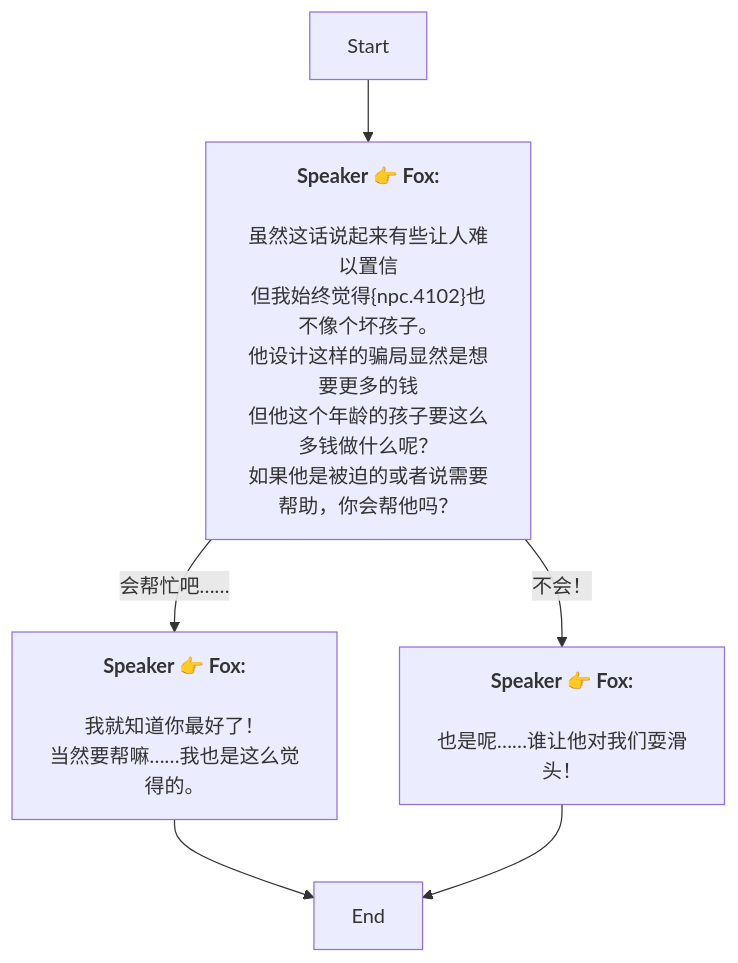
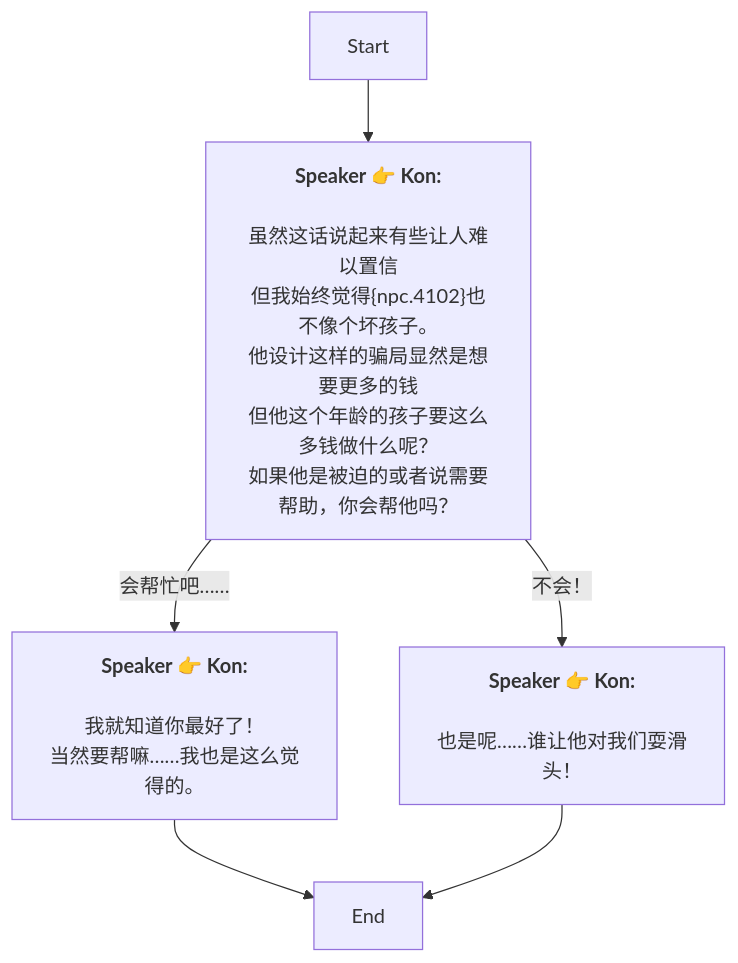
Before and after one commit to SoftHu/tos_avg: the diagram in Zh/AddDialogNode_1739677228568795.md, drawn with Mermaid. The commit also changed 730 other files, not shown here.

````diff
--- a/Zh/AddDialogNode_1739677228568795.md
+++ b/Zh/AddDialogNode_1739677228568795.md
@@ -1,15 +1,15 @@
 ```mermaid
 graph
-Start -->1739678263310558[<b>Speaker 👉 Fox:</b>
+Start -->1739678263310558[<b>Speaker 👉 Kon:</b>
 \n虽然这话说起来有些让人难以置信
 但我始终觉得&lbrace;npc.4102&rbrace;也不像个坏孩子。\n他设计这样的骗局显然是想要更多的钱
 但他这个年龄的孩子要这么多钱做什么呢？\n如果他是被迫的或者说需要帮助，你会帮他吗？]
-1739678263310558 -->|不会！|1739678888733926[<b>Speaker 👉 Fox:</b>
+1739678263310558 -->|不会！|1739678888733926[<b>Speaker 👉 Kon:</b>
 \n也是呢……谁让他对我们耍滑头！]
-1739678263310558 -->|会帮忙吧……|1739678885011685[<b>Speaker 👉 Fox:</b>
+1739678263310558 -->|会帮忙吧……|1739678885011685[<b>Speaker 👉 Kon:</b>
 \n我就知道你最好了！
 当然要帮嘛……我也是这么觉得的。]
 1739678885011685 -->1739681102776551[End]
 1739678888733926 -->1739681102776551[End]
 
 ```
````
